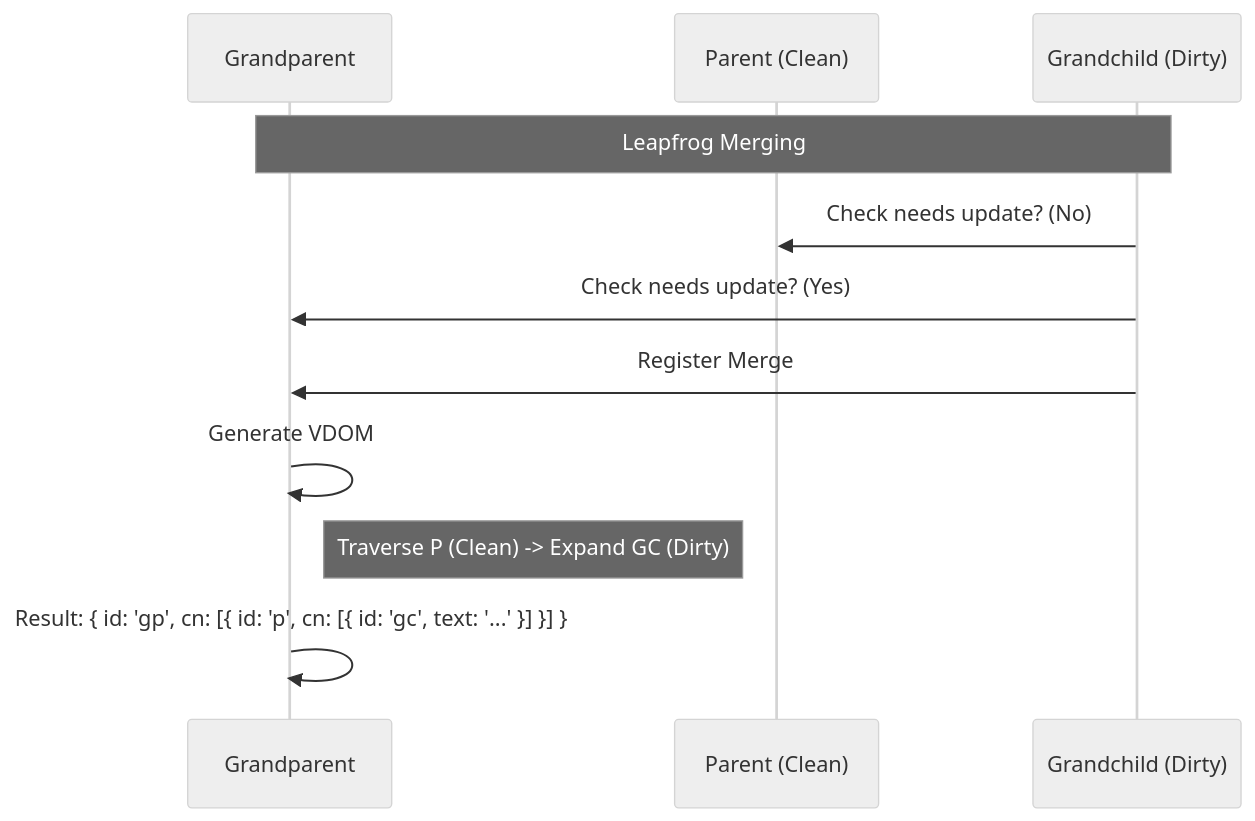
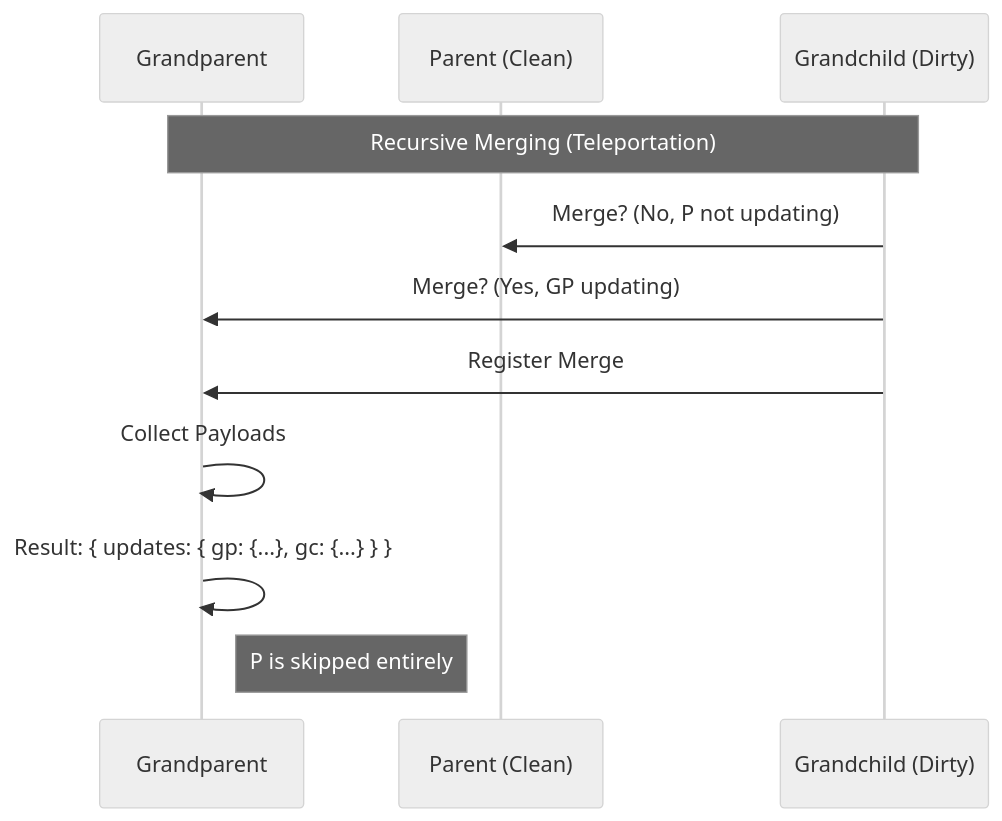
The third of 3 diagrams in learn/guides/fundamentals/AsymmetricUpdates.md (neomjs/neo), drawn with Mermaid (neutral theme) before and after one commit. The commit also changed other lines of this file, not shown here.

Commit message:
docs: Update AsymmetricUpdates guide for Teleportation (#8842)

````diff
--- a/learn/guides/fundamentals/AsymmetricUpdates.md
+++ b/learn/guides/fundamentals/AsymmetricUpdates.md
@@ -143,18 +146,18 @@
 ```mermaid
 sequenceDiagram
     participant GP as Grandparent
     participant P as Parent (Clean)
     participant GC as Grandchild (Dirty)
     
-    Note over GP, GC: Leapfrog Merging
+    Note over GP, GC: Recursive Merging (Teleportation)
     
-    GC->>P: Check needs update? (No)
-    GC->>GP: Check needs update? (Yes)
+    GC->>P: Merge? (No, P not updating)
+    GC->>GP: Merge? (Yes, GP updating)
     
     GC->>GP: Register Merge
     
-    GP->>GP: Generate VDOM
-    Note right of GP: Traverse P (Clean) -> Expand GC (Dirty)
+    GP->>GP: Collect Payloads
     
-    GP->>GP: Result: { id: 'gp', cn: [{ id: 'p', cn: [{ id: 'gc', text: '...' }] }] }
+    GP->>GP: Result: { updates: { gp: {...}, gc: {...} } }
+    Note right of GP: P is skipped entirely
 ```
````
